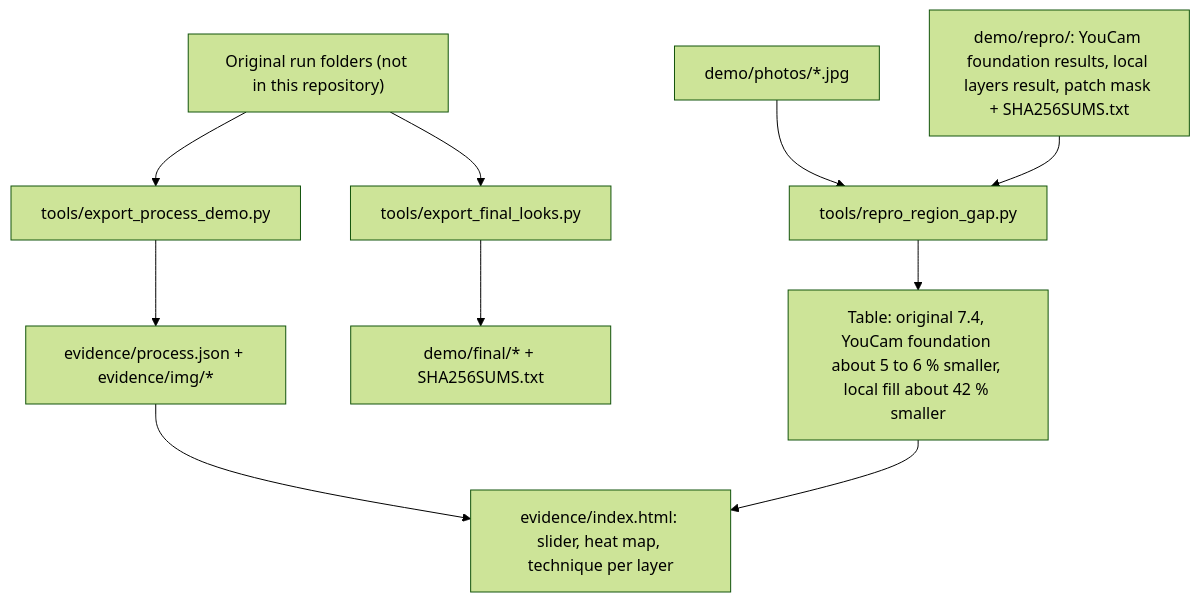
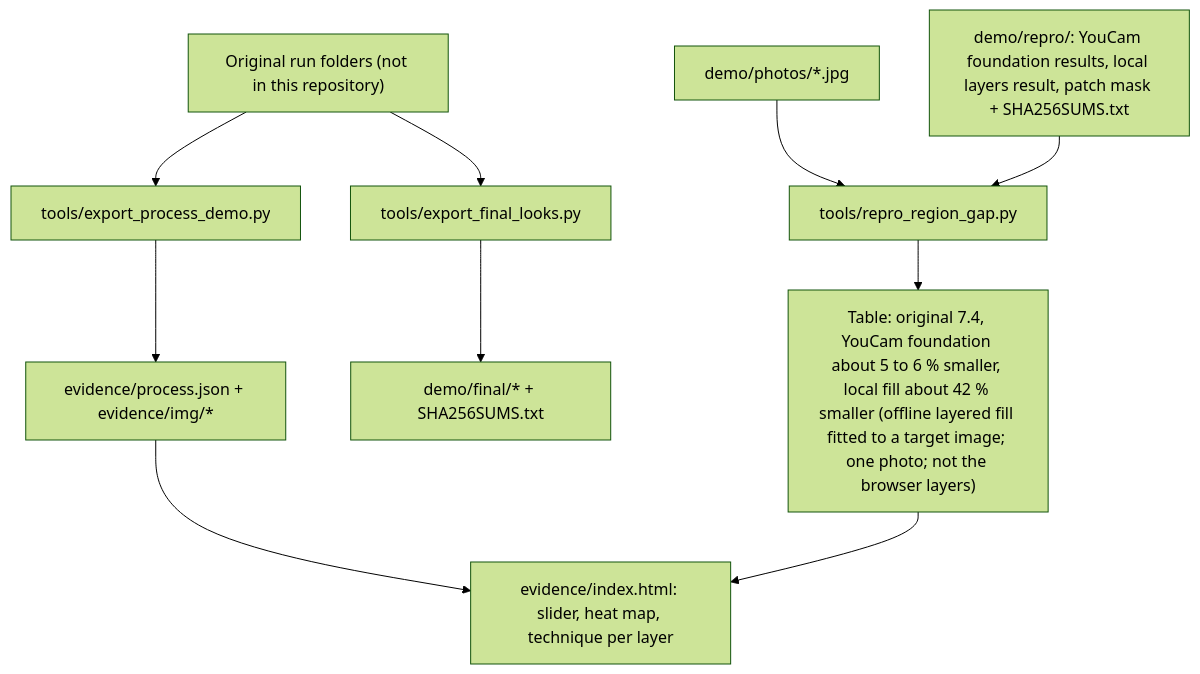
Before and after one commit to jiarong0423/goodglow-try-on: diagram 12 of 13 in docs/ARCHITECTURE.md, drawn with Mermaid (forest theme). The commit also changed 37 other files, not shown here.

````diff
--- a/docs/ARCHITECTURE.md
+++ b/docs/ARCHITECTURE.md
@@ -330,12 +330,12 @@
 ```mermaid
 flowchart TB
   RUNS["Original run folders (not in this repository)"] --> EPD["tools/export_process_demo.py"]
   RUNS --> EFL["tools/export_final_looks.py"]
   EPD --> PJ["evidence/process.json + evidence/img/*"]
   PJ --> VIEW["evidence/index.html: slider, heat map, technique per layer"]
   EFL --> FIN["demo/final/* + SHA256SUMS.txt"]
   PH["demo/photos/*.jpg"] --> RG
   VF["demo/repro/: YouCam foundation results, local layers result, patch mask + SHA256SUMS.txt"] --> RG["tools/repro_region_gap.py"]
-  RG --> TBL["Table: original 7.4, YouCam foundation about 5 to 6 % smaller, local fill about 42 % smaller"]
+  RG --> TBL["Table: original 7.4, YouCam foundation about 5 to 6 % smaller, local fill about 42 % smaller (offline layered fill fitted to a target image; one photo; not the browser layers)"]
   TBL --> VIEW
 ```
````
